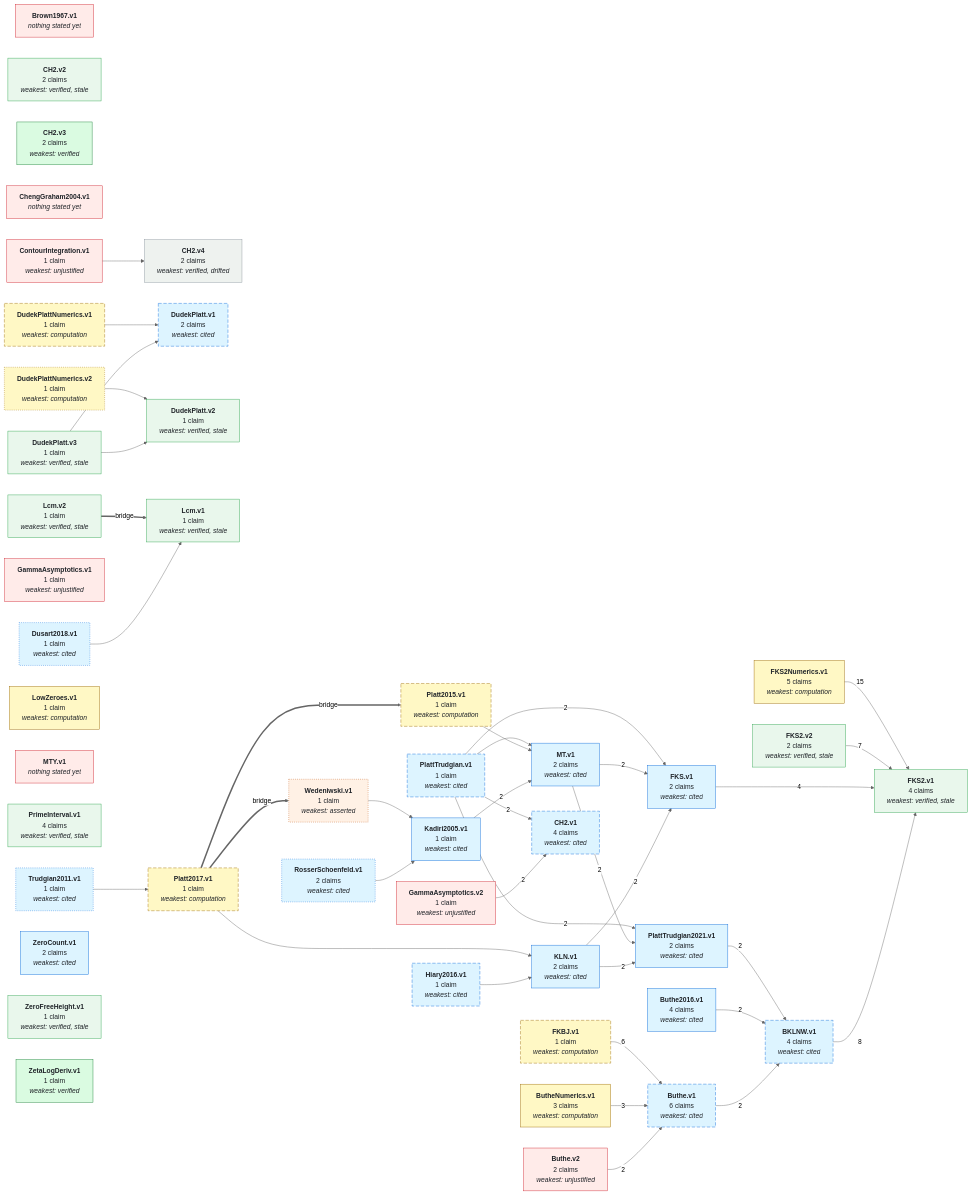
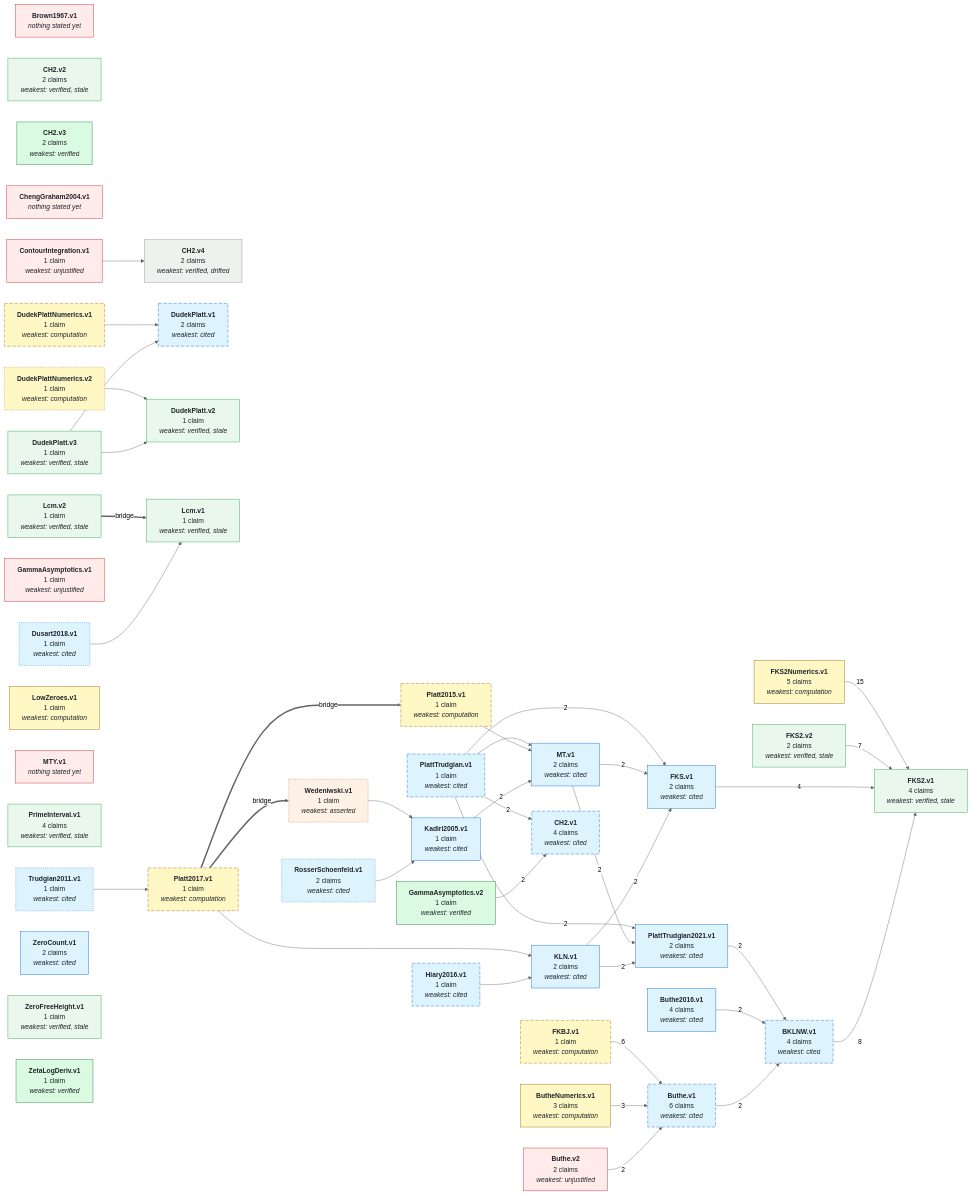
Before and after one commit to Chessing234/IEANTN: the first of 2 diagrams in GRAPH.md, drawn with Mermaid (neutral theme). The commit also changed other lines of this file and 5 other files, not shown here.

Commit message:
Record verification receipt for GammaAsymptotics.v2

```diff
--- a/GRAPH.md
+++ b/GRAPH.md
@@ -76,7 +76,7 @@
   NFKS2_v2["<b>FKS2.v2</b><br/>2 claims<br/><i>weakest: verified, stale</i>"]
   NFKS2Numerics_v1["<b>FKS2Numerics.v1</b><br/>5 claims<br/><i>weakest: computation</i>"]
   NGammaAsymptotics_v1["<b>GammaAsymptotics.v1</b><br/>1 claim<br/><i>weakest: unjustified</i>"]
-  NGammaAsymptotics_v2["<b>GammaAsymptotics.v2</b><br/>1 claim<br/><i>weakest: unjustified</i>"]
+  NGammaAsymptotics_v2["<b>GammaAsymptotics.v2</b><br/>1 claim<br/><i>weakest: verified</i>"]
   NHiary2016_v1["<b>Hiary2016.v1</b><br/>1 claim<br/><i>weakest: cited</i>"]
   NKLN_v1["<b>KLN.v1</b><br/>2 claims<br/><i>weakest: cited</i>"]
   NKadiri2005_v1["<b>Kadiri2005.v1</b><br/>1 claim<br/><i>weakest: cited</i>"]
@@ -146,13 +146,13 @@
   style NRosserSchoenfeld_v1 stroke-dasharray: 2 3;
   style NTrudgian2011_v1 stroke-dasharray: 2 3;
   style NWedeniwski_v1 stroke-dasharray: 2 3;
-  class NBrown1967_v1,NButhe_v2,NChengGraham2004_v1,NContourIntegration_v1,NGammaAsymptotics_v1,NGammaAsymptotics_v2,NMTY_v1 none_yet;
+  class NBrown1967_v1,NButhe_v2,NChengGraham2004_v1,NContourIntegration_v1,NGammaAsymptotics_v1,NMTY_v1 none_yet;
   class NCH2_v4 lean_comparator_drifted;
   class NWedeniwski_v1 asserted;
   class NBKLNW_v1,NButhe_v1,NButhe2016_v1,NCH2_v1,NDudekPlatt_v1,NDusart2018_v1,NFKS_v1,NHiary2016_v1,NKLN_v1,NKadiri2005_v1,NMT_v1,NPlattTrudgian_v1,NPlattTrudgian2021_v1,NRosserSchoenfeld_v1,NTrudgian2011_v1,NZeroCount_v1 literature;
   class NButheNumerics_v1,NDudekPlattNumerics_v1,NDudekPlattNumerics_v2,NFKBJ_v1,NFKS2Numerics_v1,NLowZeroes_v1,NPlatt2015_v1,NPlatt2017_v1 numerical;
   class NCH2_v2,NDudekPlatt_v2,NDudekPlatt_v3,NFKS2_v1,NFKS2_v2,NLcm_v1,NLcm_v2,NPrimeInterval_v1,NZeroFreeHeight_v1 lean_comparator_stale;
-  class NCH2_v3,NZetaLogDeriv_v1 lean_comparator;
+  class NCH2_v3,NGammaAsymptotics_v2,NZetaLogDeriv_v1 lean_comparator;
   click NBKLNW_v1 href "https://github.com/teorth/IEANTN/blob/main/docs/nodes/BKLNW-v1.md" _blank
   click NButhe_v1 href "https://github.com/teorth/IEANTN/blob/main/docs/nodes/Buthe-v1.md" _blank
   click NButhe_v2 href "https://github.com/teorth/IEANTN/blob/main/docs/nodes/Buthe-v2.md" _blank
```
